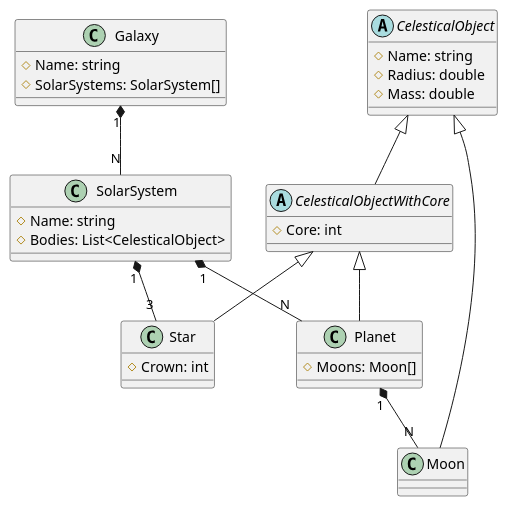
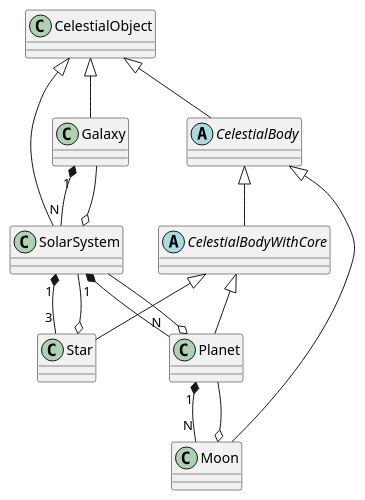
The diagram in prog4/ateliers/atelier5/ClassDiagram.puml (drkhapp-school/prog), drawn with PlantUML before and after one commit. The commit also changed 10 other files, not shown here.

```diff
--- a/prog4/ateliers/atelier5/ClassDiagram.puml
+++ b/prog4/ateliers/atelier5/ClassDiagram.puml
@@ -1,37 +1,31 @@
 @startuml
-class Galaxy {
-#Name: string
-#SolarSystems: SolarSystem[]
+class Galaxy extends CelestialObject {
 }
 
-class SolarSystem {
-#Name: string
-#Bodies: List<CelesticalObject>
+class SolarSystem extends CelestialObject {
 }
 
-abstract class CelesticalObject {
-#Name: string
-#Radius: double
-#Mass: double
+abstract class CelestialBody extends CelestialObject{
 }
 
-abstract class CelesticalObjectWithCore extends CelesticalObject {
-#Core: int
+abstract class CelestialBodyWithCore extends CelestialBody {
 }
 
-class Star extends CelesticalObjectWithCore {
-#Crown: int
+class Star extends CelestialBodyWithCore {
 }
 
-class Planet extends CelesticalObjectWithCore {
-#Moons: Moon[]
+class Planet extends CelestialBodyWithCore {
 }
 
-class Moon extends CelesticalObject {
+class Moon extends CelestialBody {
 }
 
 Planet "1" *-- "N" Moon
+Moon o-- Planet
 SolarSystem "1" *-- "N" Planet
+Planet o-- SolarSystem
 SolarSystem "1" *-- "3" Star
+Star o-- SolarSystem
 Galaxy "1" *-- "N" SolarSystem
+SolarSystem o-- Galaxy
 @enduml
```
